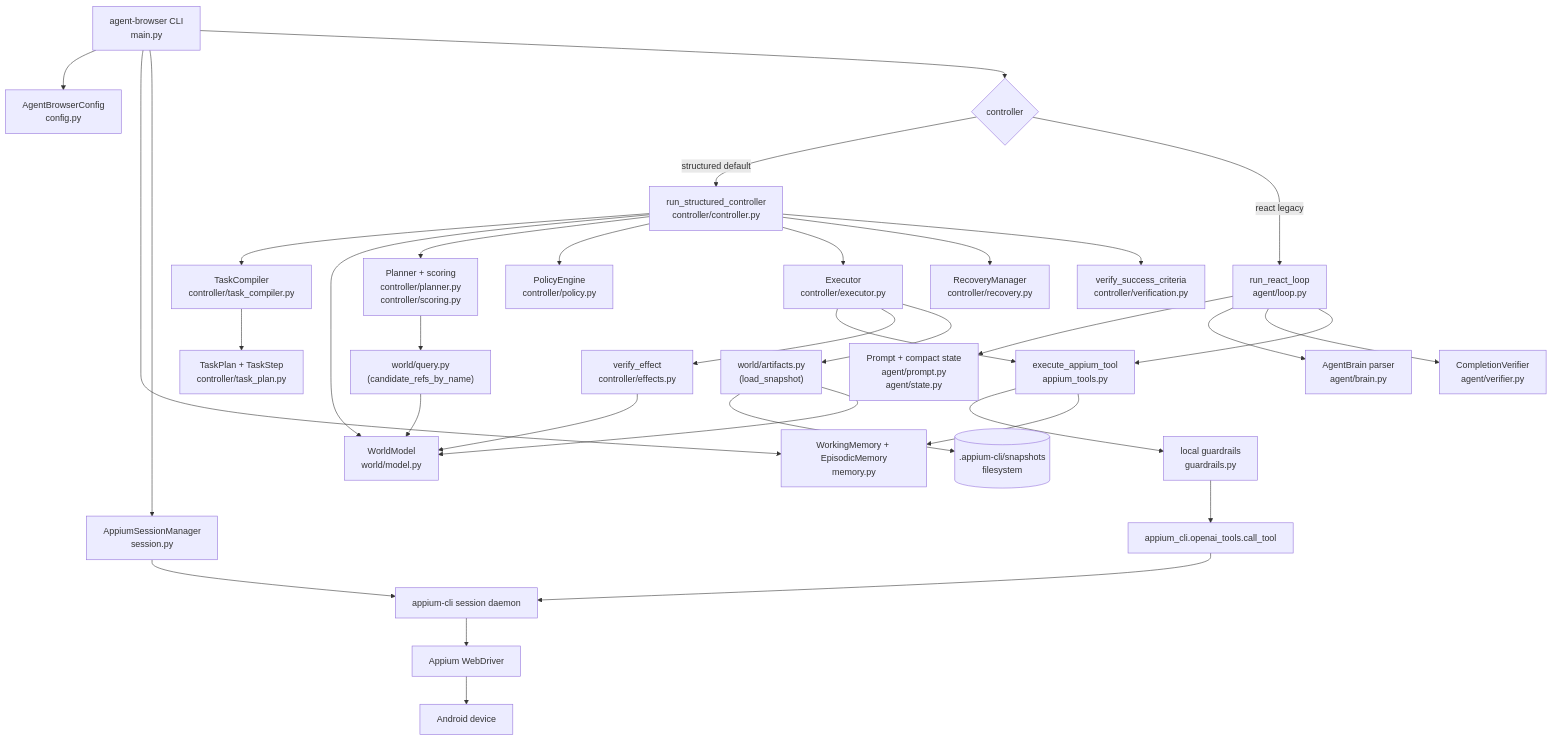
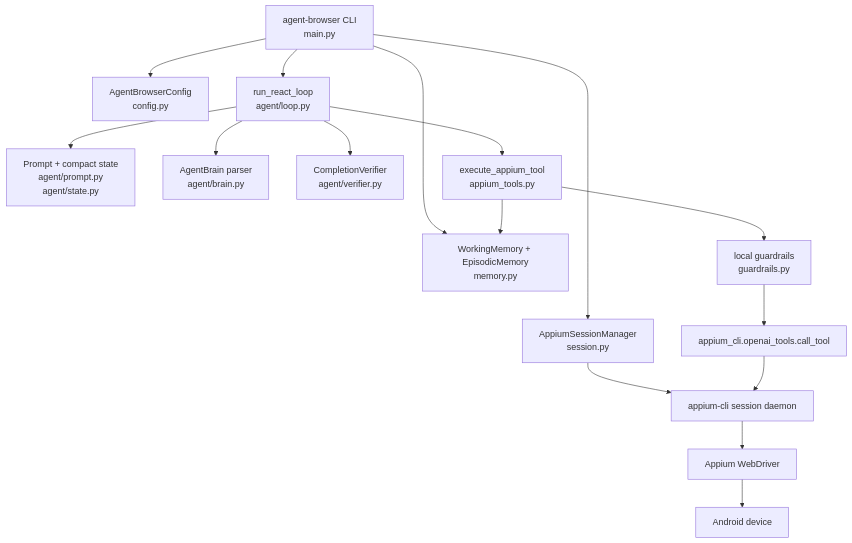
The first of 3 diagrams in docs/agent-browser-loop.md (aRaikoFunakami/appium-cli), drawn with Mermaid before and after one commit. The commit also changed other lines of this file and 1 other file, not shown here.

First line of the commit message:
Update docs: remove structured controller references

````diff
--- a/docs/agent-browser-loop.md
+++ b/docs/agent-browser-loop.md
@@ -55,42 +26,23 @@
 ```mermaid
 flowchart TD
     CLI["agent-browser CLI<br/>main.py"] --> Config["AgentBrowserConfig<br/>config.py"]
     CLI --> Memory["WorkingMemory + EpisodicMemory<br/>memory.py"]
     CLI --> Session["AppiumSessionManager<br/>session.py"]
 
     Session --> Daemon["appium-cli session daemon"]
     Daemon --> Appium["Appium WebDriver"]
     Appium --> Device["Android device"]
 
-    CLI --> Dispatch{"controller"}
-    Dispatch -->|structured default| Structured["run_structured_controller<br/>controller/controller.py"]
-    Dispatch -->|react legacy| React["run_react_loop<br/>agent/loop.py"]
-
-    Structured --> Compiler["TaskCompiler<br/>controller/task_compiler.py"]
-    Compiler --> Plan["TaskPlan + TaskStep<br/>controller/task_plan.py"]
-    Structured --> World["WorldModel<br/>world/model.py"]
-    Structured --> Planner["Planner + scoring<br/>controller/planner.py<br/>controller/scoring.py"]
-    Structured --> Policy["PolicyEngine<br/>controller/policy.py"]
-    Structured --> Executor["Executor<br/>controller/executor.py"]
-    Structured --> Recovery["RecoveryManager<br/>controller/recovery.py"]
-    Structured --> FinalVerify["verify_success_criteria<br/>controller/verification.py"]
+    CLI --> React["run_react_loop<br/>agent/loop.py"]
 
     React --> Prompt["Prompt + compact state<br/>agent/prompt.py<br/>agent/state.py"]
     React --> Brain["AgentBrain parser<br/>agent/brain.py"]
     React --> ReactVerify["CompletionVerifier<br/>agent/verifier.py"]
 
-    Executor --> ToolBridge["execute_appium_tool<br/>appium_tools.py"]
-    React --> ToolBridge
+    React --> ToolBridge["execute_appium_tool<br/>appium_tools.py"]
     ToolBridge --> Guardrails["local guardrails<br/>guardrails.py"]
     Guardrails --> CallTool["appium_cli.openai_tools.call_tool"]
     CallTool --> Daemon
 
     ToolBridge --> Memory
-    Executor --> Effects["verify_effect<br/>controller/effects.py"]
-    Executor --> ArtifactsMod["world/artifacts.py<br/>(load_snapshot)"]
-    ArtifactsMod --> SnapshotFiles[(".appium-cli/snapshots<br/>filesystem")]
-    ArtifactsMod --> World
-    Effects --> World
-    Planner --> WorldQuery["world/query.py<br/>(candidate_refs_by_name)"]
-    WorldQuery --> World
 ```
````
